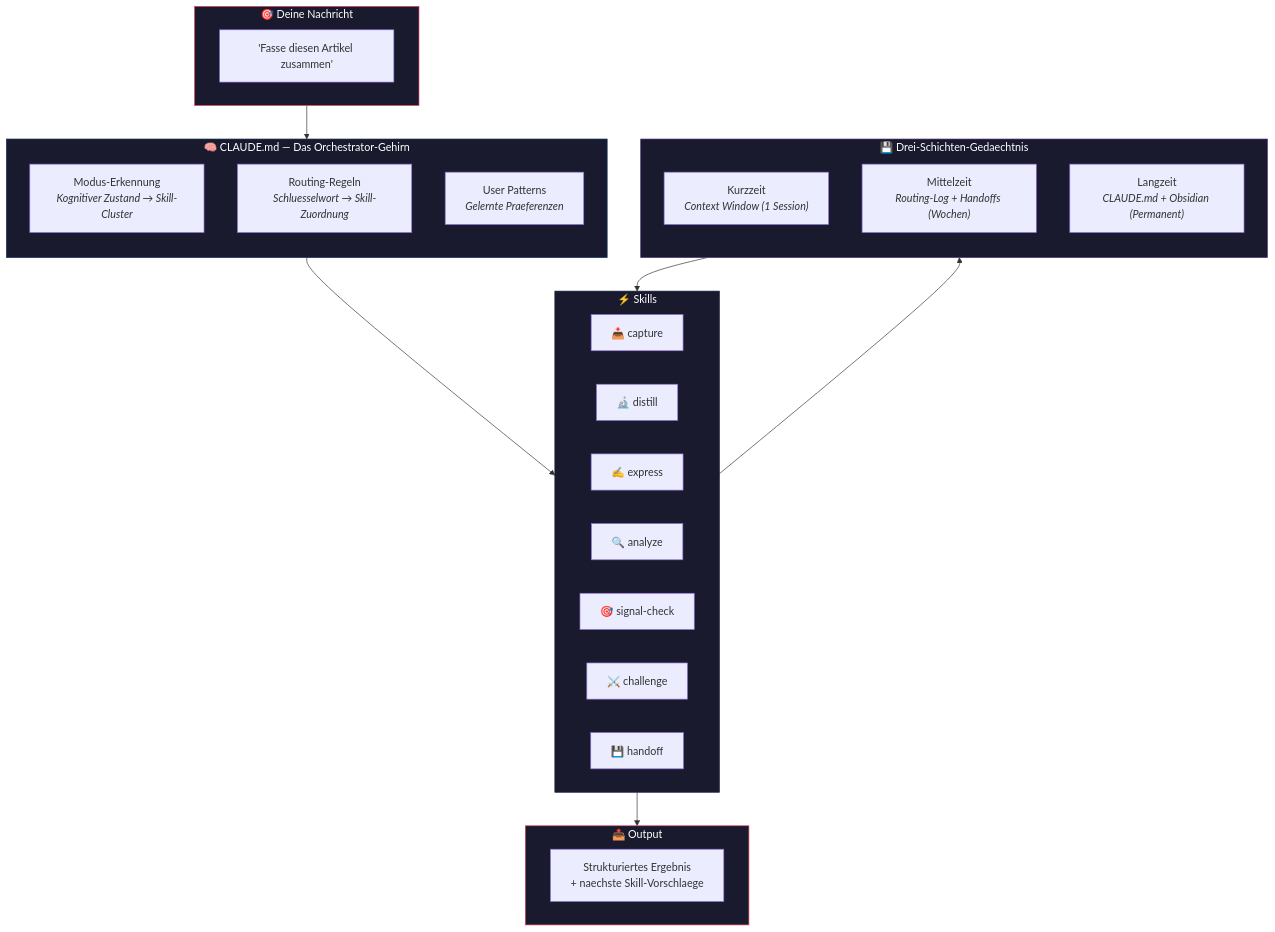
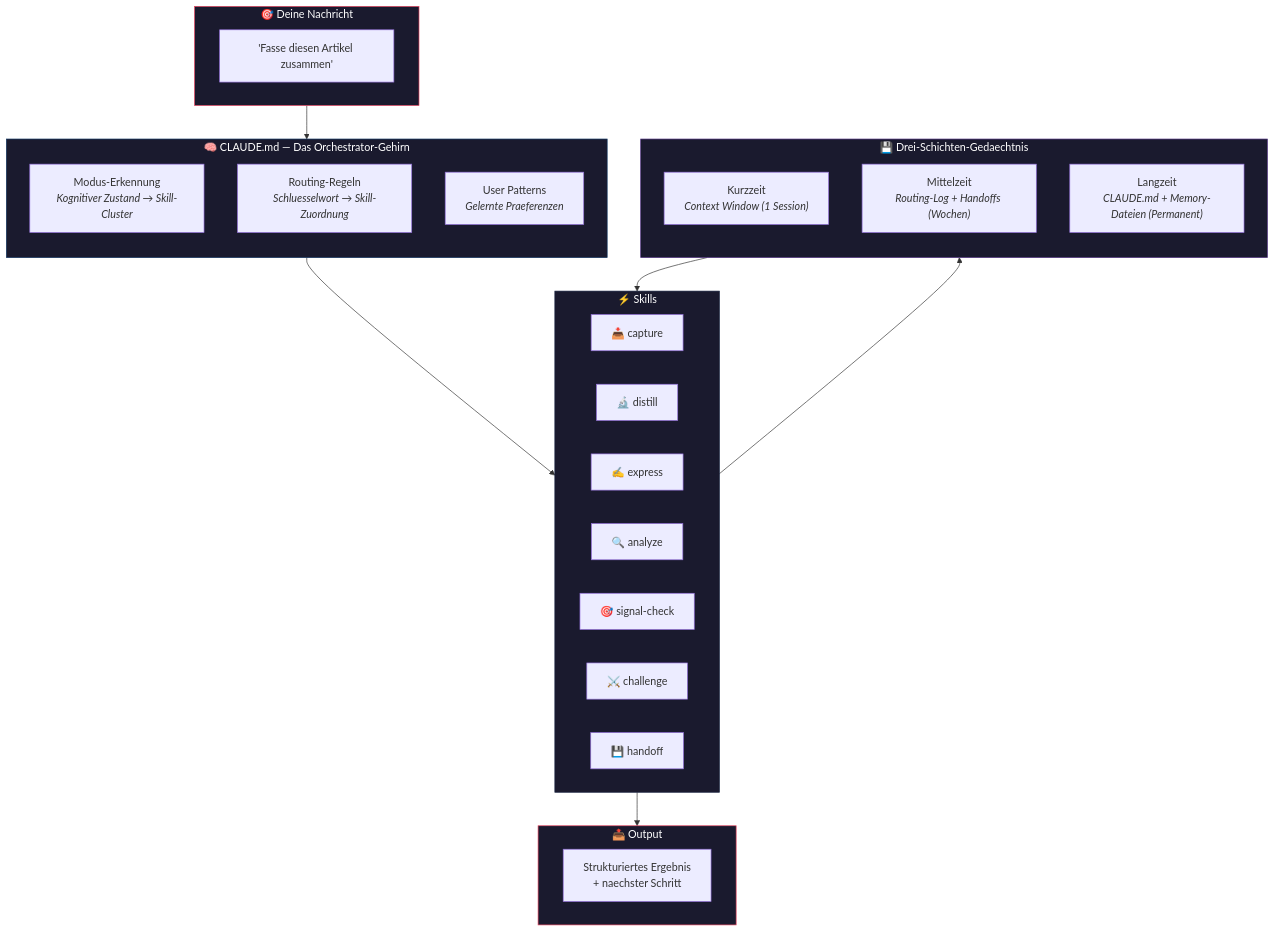
Before and after one commit to janrummel/claude-orchestrator-starter: the first of 4 diagrams in README.de.md, drawn with Mermaid. The commit also changed other lines of this file and 13 other files, not shown here.

````diff
--- a/README.de.md
+++ b/README.de.md
@@ -59,48 +59,48 @@
 ```mermaid
 flowchart TB
     subgraph INPUT ["🎯 Deine Nachricht"]
         direction LR
         msg["'Fasse diesen Artikel zusammen'"]
     end
 
     subgraph BRAIN ["🧠 CLAUDE.md — Das Orchestrator-Gehirn"]
         direction TB
         mode["Modus-Erkennung<br/><i>Kognitiver Zustand → Skill-Cluster</i>"]
         route["Routing-Regeln<br/><i>Schluesselwort → Skill-Zuordnung</i>"]
         patterns["User Patterns<br/><i>Gelernte Praeferenzen</i>"]
     end
 
     subgraph SKILLS ["⚡ Skills"]
         direction LR
         capture["📥 capture"]
         distill["🔬 distill"]
         express["✍️ express"]
         analyze["🔍 analyze"]
         signal["🎯 signal-check"]
         challenge["⚔️ challenge"]
         handoff["💾 handoff"]
     end
 
     subgraph MEMORY ["💾 Drei-Schichten-Gedaechtnis"]
         direction TB
         short["Kurzzeit<br/><i>Context Window (1 Session)</i>"]
         mid["Mittelzeit<br/><i>Routing-Log + Handoffs (Wochen)</i>"]
-        long["Langzeit<br/><i>CLAUDE.md + Obsidian (Permanent)</i>"]
+        long["Langzeit<br/><i>CLAUDE.md + Memory-Dateien (Permanent)</i>"]
     end
 
     subgraph OUTPUT ["📤 Output"]
-        result["Strukturiertes Ergebnis<br/>+ naechste Skill-Vorschlaege"]
+        result["Strukturiertes Ergebnis<br/>+ naechster Schritt"]
     end
 
     INPUT --> BRAIN
     BRAIN --> SKILLS
     SKILLS --> MEMORY
     MEMORY --> SKILLS
     SKILLS --> OUTPUT
 
     style INPUT fill:#1a1a2e,stroke:#e94560,color:#fff
     style BRAIN fill:#1a1a2e,stroke:#0f3460,color:#fff
     style SKILLS fill:#1a1a2e,stroke:#16213e,color:#fff
     style MEMORY fill:#1a1a2e,stroke:#533483,color:#fff
     style OUTPUT fill:#1a1a2e,stroke:#e94560,color:#fff
 ```
````
